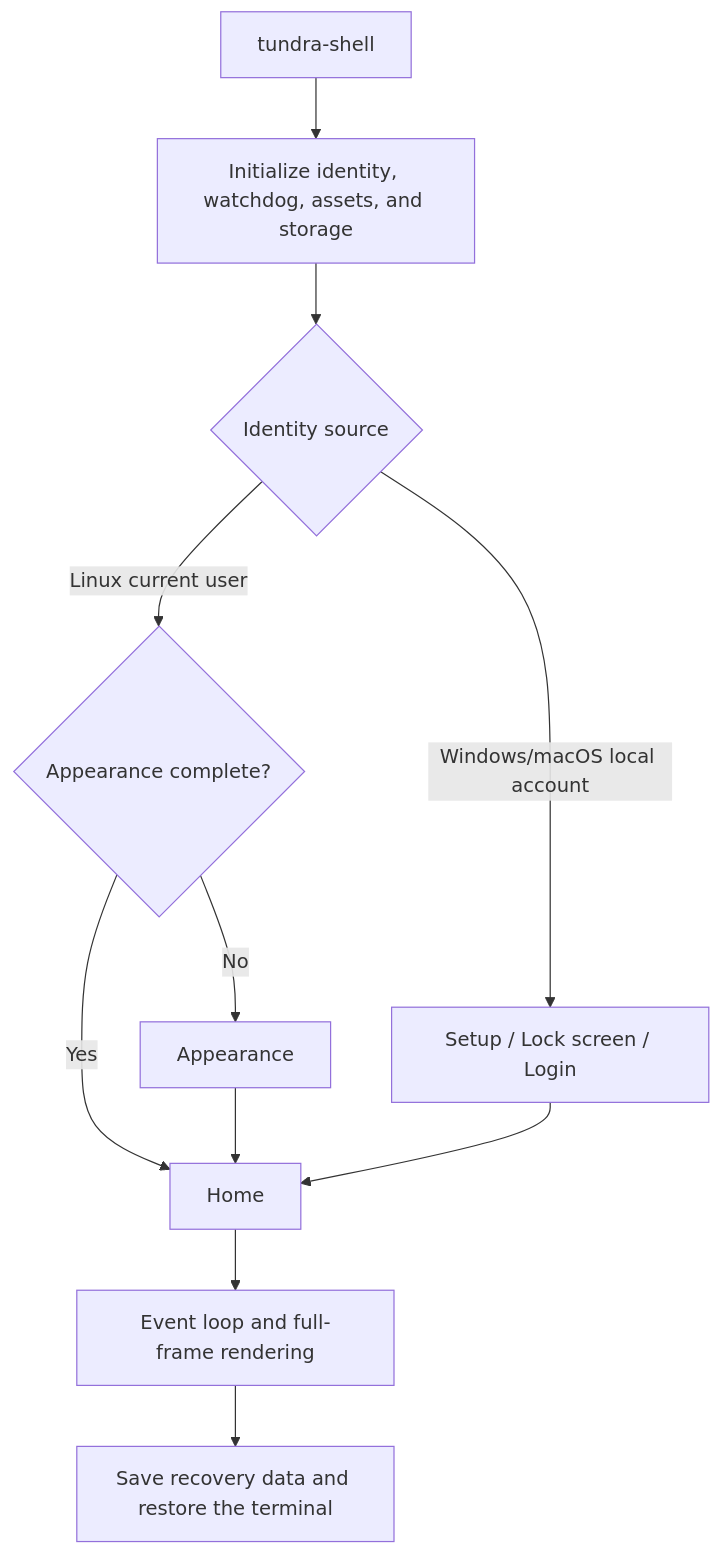
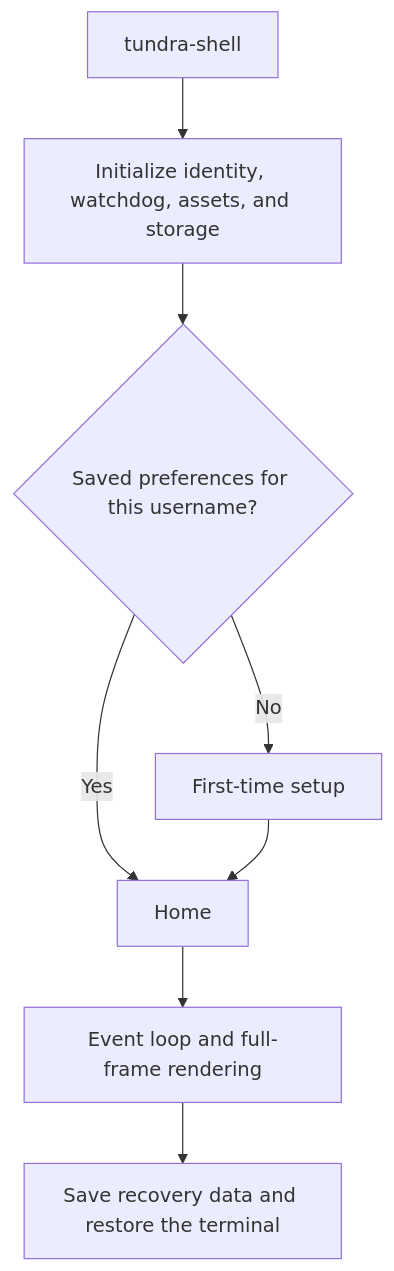
One commit to peixuanthomas/TundraUX changed the first of 2 diagrams in crates/shell/docs/session.md. Above: the diagram before and after it, drawn with Mermaid. The commit also changed other lines of this file and 207 other files, not shown here.

````diff
--- a/crates/shell/docs/session.md
+++ b/crates/shell/docs/session.md
@@ -16,13 +16,10 @@
 ```mermaid
 flowchart TD
     A[tundra-shell] --> B[Initialize identity, watchdog, assets, and storage]
-    B --> C{Identity source}
-    C -->|Linux current user| D{Appearance complete?}
-    D -->|No| E[Appearance]
-    D -->|Yes| H[Home]
+    B --> C{Saved preferences for this username?}
+    C -->|No| E[First-time setup]
+    C -->|Yes| H[Home]
     E --> H
-    C -->|Windows/macOS local account| F[Setup / Lock screen / Login]
-    F --> H
     H --> I[Event loop and full-frame rendering]
     I --> J[Save recovery data and restore the terminal]
 ```
````
